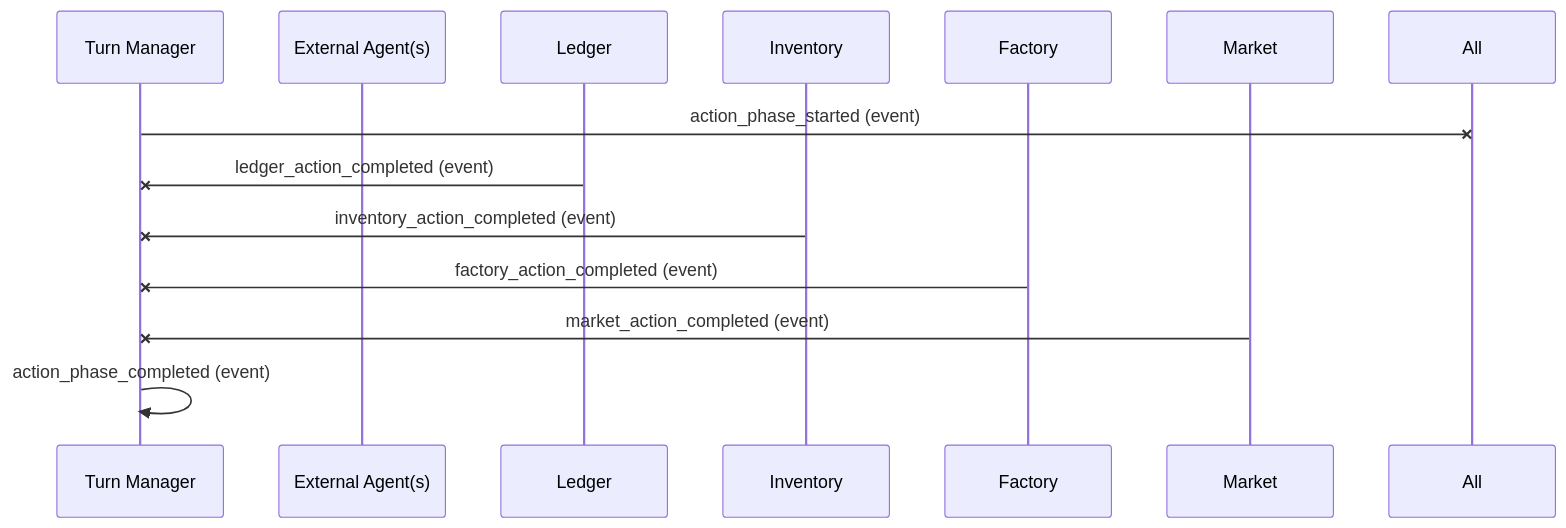
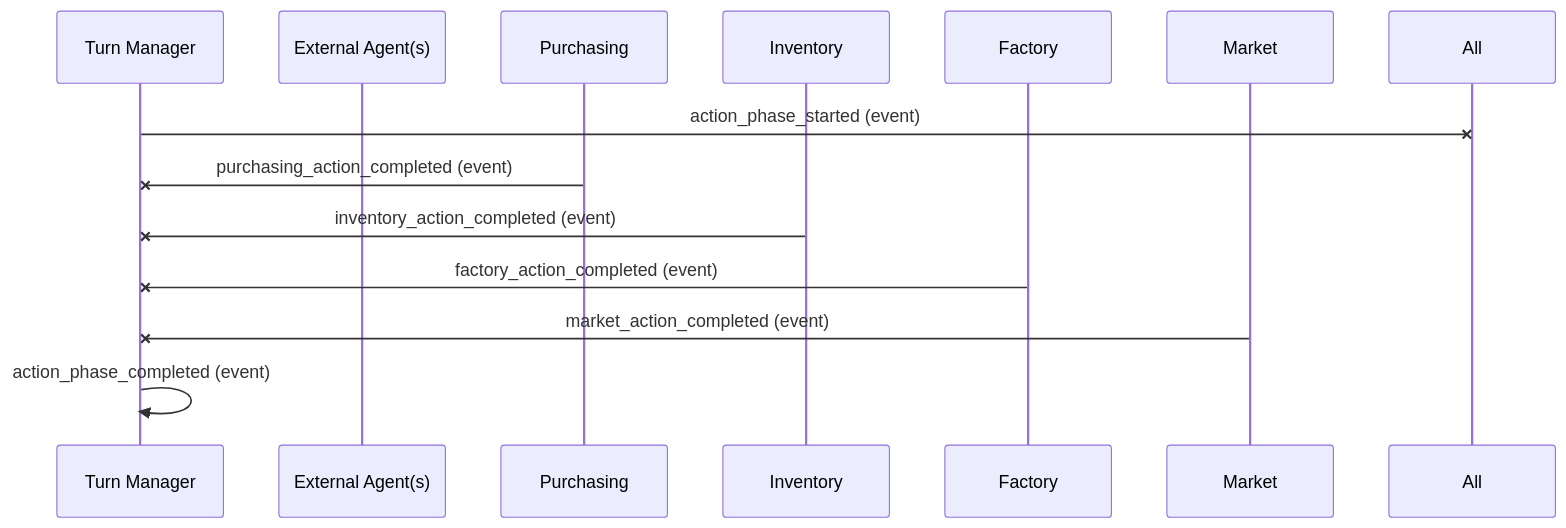
The second of 7 diagrams in design_specifications/modules.md (corvuslee/clipforge), drawn with Mermaid before and after one commit. The commit also changed other lines of this file and 9 other files, not shown here.

````diff
--- a/design_specifications/modules.md
+++ b/design_specifications/modules.md
@@ -97,19 +99,19 @@
 ```mermaid
 sequenceDiagram
     participant TM as Turn Manager
     participant Ext as External Agent(s)
-    participant Led as Ledger
+    participant Pur as Purchasing
     participant Inv as Inventory
     participant Fac as Factory
     participant Mar as Market
 
     TM-xAll: action_phase_started (event)
 
     %% Modules signal completion
-    Led-xTM: ledger_action_completed (event)
+    Pur-xTM: purchasing_action_completed (event)
     Inv-xTM: inventory_action_completed (event)
     Fac-xTM: factory_action_completed (event)
     Mar-xTM: market_action_completed (event)
 
     TM->>TM: action_phase_completed (event)
 ```
````
